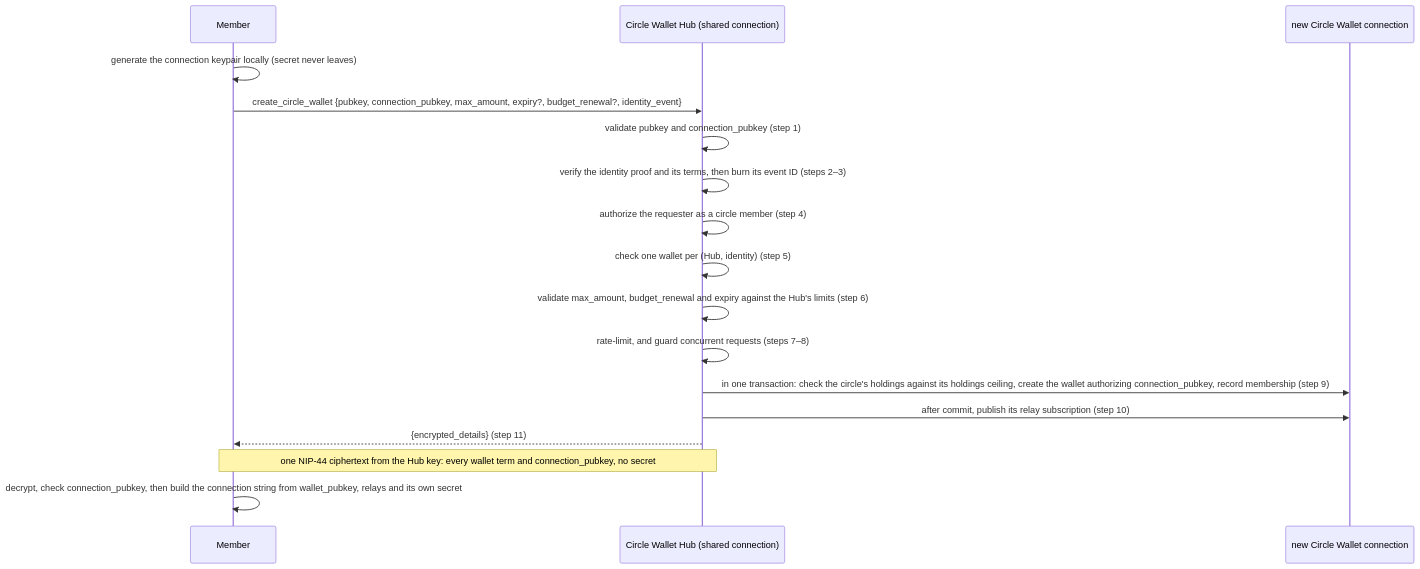
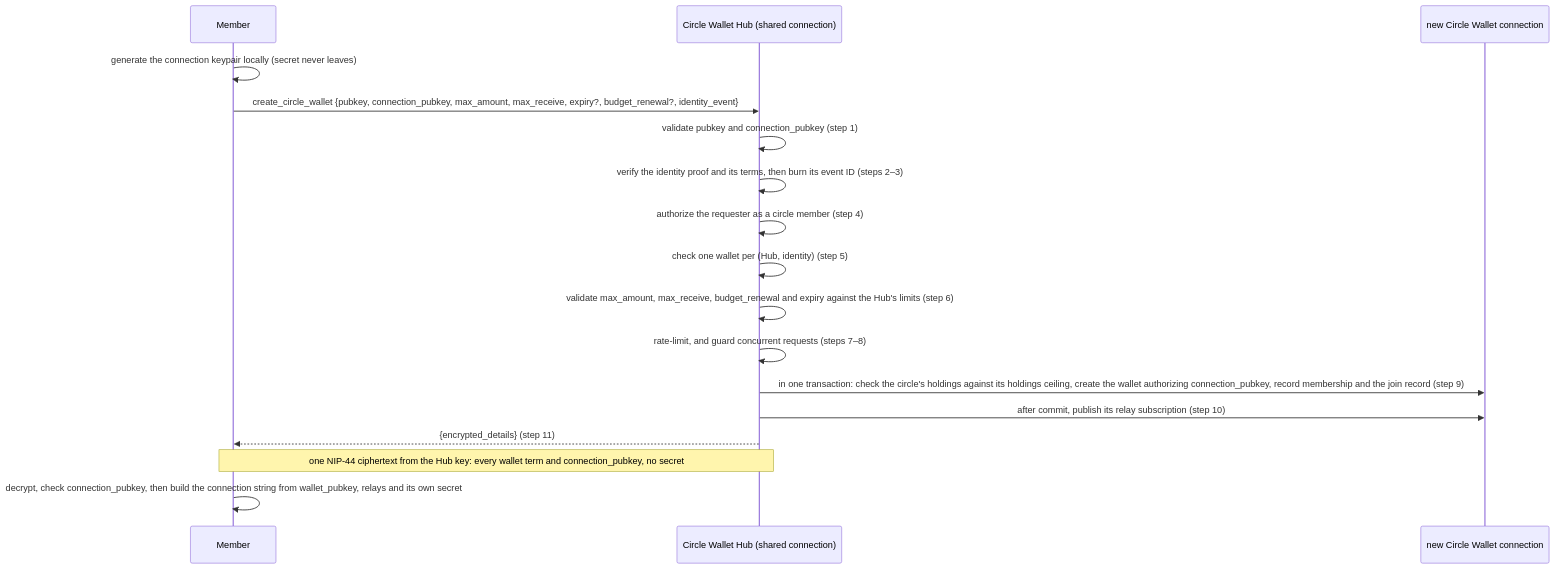
Before and after one commit to ohstr/nips: the first of 2 diagrams in NIP-CW.md, drawn with Mermaid. The commit also changed other lines of this file, not shown here.

Commit message:
docs(nip-cw): carry max_receive and the join record through the join diagram, and name the code for an unrotatable wallet

````diff
--- a/NIP-CW.md
+++ b/NIP-CW.md
@@ -173,20 +173,20 @@
 ```mermaid
 sequenceDiagram
     participant Member
     participant Hub as Circle Wallet Hub (shared connection)
     participant Wallet as new Circle Wallet connection
 
     Member->>Member: generate the connection keypair locally (secret never leaves)
-    Member->>Hub: create_circle_wallet {pubkey, connection_pubkey, max_amount, expiry?, budget_renewal?, identity_event}
+    Member->>Hub: create_circle_wallet {pubkey, connection_pubkey, max_amount, max_receive, expiry?, budget_renewal?, identity_event}
     Hub->>Hub: validate pubkey and connection_pubkey (step 1)
     Hub->>Hub: verify the identity proof and its terms, then burn its event ID (steps 2–3)
     Hub->>Hub: authorize the requester as a circle member (step 4)
     Hub->>Hub: check one wallet per (Hub, identity) (step 5)
-    Hub->>Hub: validate max_amount, budget_renewal and expiry against the Hub's limits (step 6)
+    Hub->>Hub: validate max_amount, max_receive, budget_renewal and expiry against the Hub's limits (step 6)
     Hub->>Hub: rate-limit, and guard concurrent requests (steps 7–8)
-    Hub->>Wallet: in one transaction: check the circle's holdings against its holdings ceiling, create the wallet authorizing connection_pubkey, record membership (step 9)
+    Hub->>Wallet: in one transaction: check the circle's holdings against its holdings ceiling, create the wallet authorizing connection_pubkey, record membership and the join record (step 9)
     Hub->>Wallet: after commit, publish its relay subscription (step 10)
     Hub-->>Member: {encrypted_details} (step 11)
     Note over Hub,Member: one NIP-44 ciphertext from the Hub key: every wallet term and connection_pubkey, no secret
     Member->>Member: decrypt, check connection_pubkey, then build the connection string from wallet_pubkey, relays and its own secret
 ```
````
